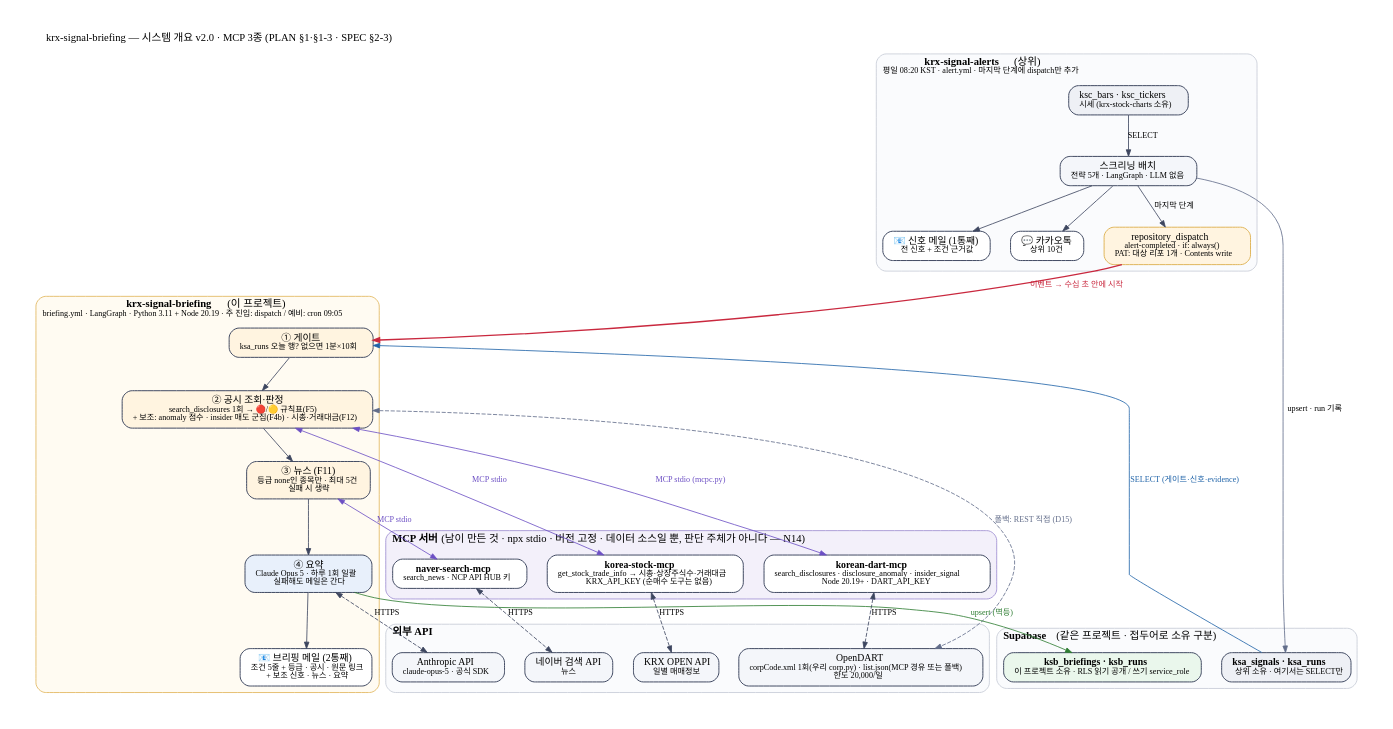
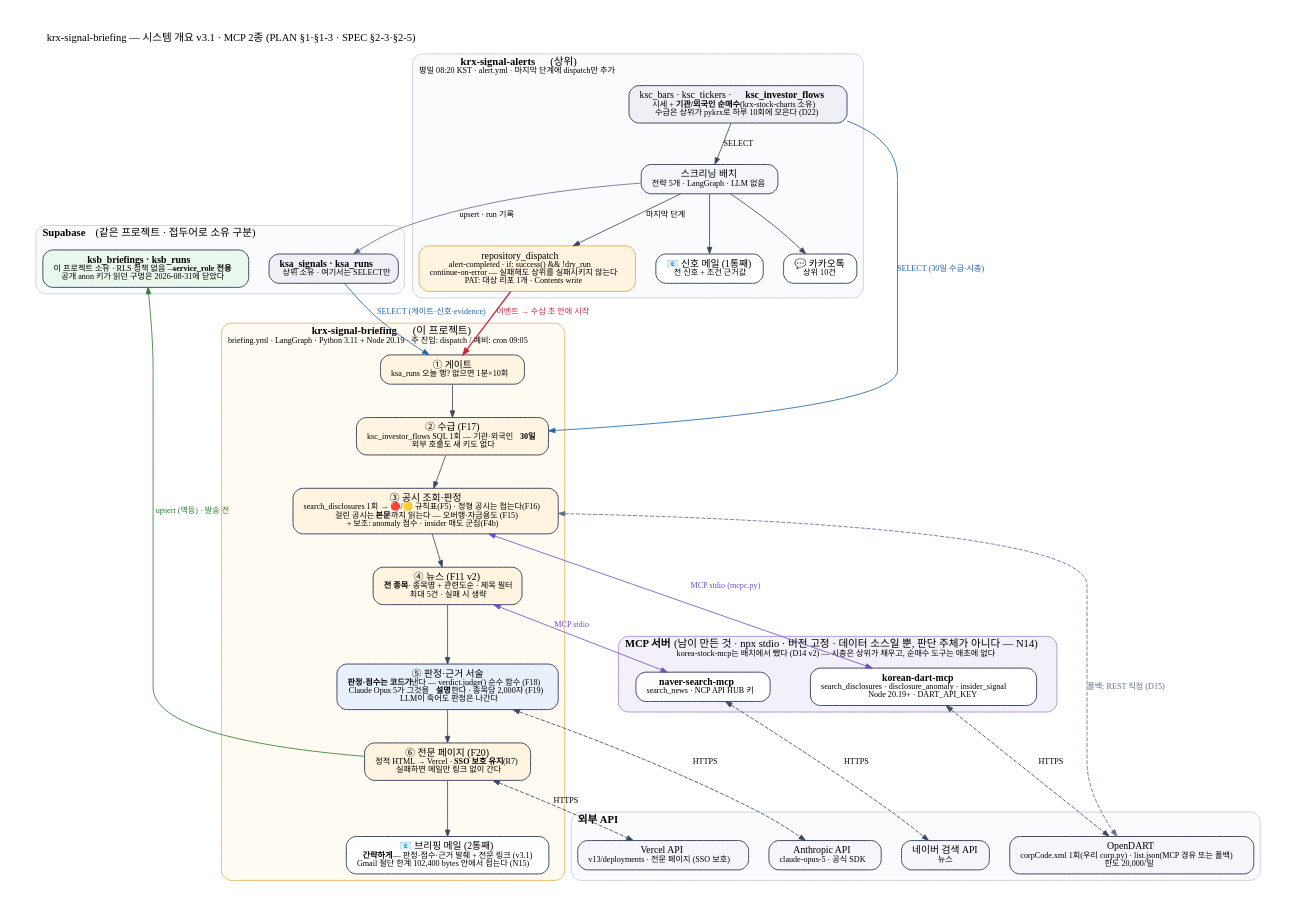
The diagram in docs/diagrams/arch.dot (daehyub71/krx-signal-briefing), drawn with Graphviz before and after one commit. The commit also changed 7 other files, not shown here.

First line of the commit message:
docs: bring the READMEs and the three diagrams up to v3.1

```diff
--- a/docs/diagrams/arch.dot
+++ b/docs/diagrams/arch.dot
@@ -1,67 +1,67 @@
 digraph arch {
   graph [fontname="Apple SD Gothic Neo", fontsize=13, rankdir=TB, nodesep=0.35, ranksep=0.55, pad=0.4, bgcolor="white", compound=true,
-         label="krx-signal-briefing — 시스템 개요 v2.0 · MCP 3종 (PLAN §1·§1-3 · SPEC §2-3)", labelloc=t, labeljust=l];
+         label="krx-signal-briefing — 시스템 개요 v3.1 · MCP 2종 (PLAN §1·§1-3 · SPEC §2-3·§2-5)", labelloc=t, labeljust=l];
   node  [fontname="Apple SD Gothic Neo", fontsize=12, shape=box, style="rounded,filled", fillcolor="#F4F6FA", color="#3D465F", penwidth=1.2, margin="0.18,0.1"];
   edge  [fontname="Apple SD Gothic Neo", fontsize=10, color="#3D465F", arrowsize=0.8];
 
   subgraph cluster_up {
     label=<<b>krx-signal-alerts</b>  (상위)<br/><font point-size="10">평일 08:20 KST · alert.yml · 마지막 단계에 dispatch만 추가</font>>; style="rounded,filled"; fillcolor="#FAFBFD"; color="#C5CAD6";
-    ksc   [label=<ksc_bars · ksc_tickers<br/><font point-size="10">시세 (krx-stock-charts 소유)</font>>, fillcolor="#EEF0F5"];
+    ksc   [label=<ksc_bars · ksc_tickers · <b>ksc_investor_flows</b><br/><font point-size="10">시세 + <b>기관/외국인 순매수</b> (krx-stock-charts 소유)<br/>수급은 상위가 pykrx로 하루 10회에 모은다 (D22)</font>>, fillcolor="#EEF0F5"];
     alert [label=<스크리닝 배치<br/><font point-size="10">전략 5개 · LangGraph · LLM 없음</font>>];
     mail1 [label=<📧 신호 메일 (1통째)<br/><font point-size="10">전 신호 + 조건 근거값</font>>, fillcolor="#FFFFFF"];
     kakao [label=<💬 카카오톡<br/><font point-size="10">상위 10건</font>>, fillcolor="#FFFFFF"];
     ksc -> alert [label=" SELECT"];
-    dispatch [label=<repository_dispatch<br/><font point-size="10">alert-completed · if: always()<br/>PAT: 대상 리포 1개 · Contents write</font>>, fillcolor="#FFF4E0", color="#E0B458"];
+    dispatch [label=<repository_dispatch<br/><font point-size="10">alert-completed · if: success() &amp;&amp; !dry_run<br/>continue-on-error — 실패해도 상위를 실패시키지 않는다<br/>PAT: 대상 리포 1개 · Contents write</font>>, fillcolor="#FFF4E0", color="#E0B458"];
     alert -> mail1; alert -> kakao; alert -> dispatch [label=" 마지막 단계"];
   }
 
   subgraph cluster_db {
     label=<<b>Supabase</b>  (같은 프로젝트 · 접두어로 소유 구분)>; style="rounded,filled"; fillcolor="#FAFBFD"; color="#C5CAD6";
     ksa [label=<<b>ksa_signals · ksa_runs</b><br/><font point-size="10">상위 소유 · 여기서는 SELECT만</font>>, fillcolor="#EEF0F5"];
     { rank=same; ksa; ksb; }
-    ksb [label=<<b>ksb_briefings · ksb_runs</b><br/><font point-size="10">이 프로젝트 소유 · RLS 읽기 공개 / 쓰기 service_role</font>>, fillcolor="#EAF7EC"];
+    ksb [label=<<b>ksb_briefings · ksb_runs</b><br/><font point-size="10">이 프로젝트 소유 · RLS 정책 없음 — <b>service_role 전용</b><br/>공개 anon 키가 읽던 구멍은 2026-08-31에 닫았다</font>>, fillcolor="#EAF7EC"];
   }
 
   subgraph cluster_me {
     label=<<b>krx-signal-briefing</b>  (이 프로젝트)<br/><font point-size="10">briefing.yml · LangGraph · Python 3.11 + Node 20.19 · 주 진입: dispatch / 예비: cron 09:05</font>>; style="rounded,filled"; fillcolor="#FFFBF2"; color="#E0B458";
     gate  [label=<① 게이트<br/><font point-size="10">ksa_runs 오늘 행? 없으면 1분×10회</font>>, fillcolor="#FFF4E0"];
-    fetch [label=<② 공시 조회·판정<br/><font point-size="10">search_disclosures 1회 → 🔴/🟡 규칙표(F5)<br/>+ 보조: anomaly 점수 · insider 매도 군집(F4b) · 시총·거래대금(F12)</font>>, fillcolor="#FFF4E0"];
-    news  [label=<③ 뉴스 (F11)<br/><font point-size="10">등급 none인 종목만 · 최대 5건<br/>실패 시 생략</font>>, fillcolor="#FFF4E0"];
-    summ  [label=<④ 요약<br/><font point-size="10">Claude Opus 5 · 하루 1회 일괄<br/>실패해도 메일은 간다</font>>, fillcolor="#E8F0FB"];
-    mail2 [label=<📧 브리핑 메일 (2통째)<br/><font point-size="10">조건 5줄 + 등급 · 공시 · 원문 링크<br/>+ 보조 신호 · 뉴스 · 요약</font>>, fillcolor="#FFFFFF"];
-    gate -> fetch -> news -> summ -> mail2;
+    flows [label=<② 수급 (F17)<br/><font point-size="10">ksc_investor_flows SQL 1회 — 기관·외국인 <b>30일</b><br/>외부 호출도 새 키도 없다</font>>, fillcolor="#FFF4E0"];
+    fetch [label=<③ 공시 조회·판정<br/><font point-size="10">search_disclosures 1회 → 🔴/🟡 규칙표(F5) · 정형 공시는 접는다(F16)<br/>걸린 공시는 <b>본문</b>까지 읽는다 — 오버행·자금용도 (F15)<br/>+ 보조: anomaly 점수 · insider 매도 군집(F4b)</font>>, fillcolor="#FFF4E0"];
+    news  [label=<④ 뉴스 (F11 v2)<br/><font point-size="10"><b>전 종목</b> · 종목명 + 관련도순 · 제목 필터<br/>최대 5건 · 실패 시 생략</font>>, fillcolor="#FFF4E0"];
+    summ  [label=<⑤ 판정·근거 서술<br/><font point-size="10"><b>판정·점수는 코드가</b> 낸다 — verdict.judge() 순수 함수 (F18)<br/>Claude Opus 5가 그것을 <b>설명</b>한다 · 종목당 2,000자 (F19)<br/>LLM이 죽어도 판정은 나간다</font>>, fillcolor="#E8F0FB"];
+    page  [label=<⑥ 전문 페이지 (F20)<br/><font point-size="10">정적 HTML → Vercel · <b>SSO 보호 유지</b> (R7)<br/>실패하면 메일만 링크 없이 간다</font>>, fillcolor="#FFF4E0"];
+    mail2 [label=<📧 브리핑 메일 (2통째)<br/><font point-size="10"><b>간략하게</b> — 판정·점수·근거 발췌 + 전문 링크 (v3.1)<br/>Gmail 절단 한계 102,400 bytes 안에서 접는다 (N15)</font>>, fillcolor="#FFFFFF"];
+    gate -> flows -> fetch -> news -> summ -> page -> mail2;
     // 상자 안은 위→아래 흐름 (rank=same 제거)
   }
 
   subgraph cluster_mcp {
-    label=<<b>MCP 서버</b>  (남이 만든 것 · npx stdio · 버전 고정 · 데이터 소스일 뿐, 판단 주체가 아니다 — N14)>; style="rounded,filled"; fillcolor="#F3F0FA"; color="#9C8AD1";
+    label=<<b>MCP 서버</b>  (남이 만든 것 · npx stdio · 버전 고정 · 데이터 소스일 뿐, 판단 주체가 아니다 — N14)<br/><font point-size="10">korea-stock-mcp는 배치에서 뺐다 (D14 v2) — 시총은 상위가 채우고, 순매수 도구는 애초에 없다</font>>; style="rounded,filled"; fillcolor="#F3F0FA"; color="#9C8AD1";
     kdart [label=<<b>korean-dart-mcp</b><br/><font point-size="10">search_disclosures · disclosure_anomaly · insider_signal<br/>Node 20.19+ · DART_API_KEY</font>>, fillcolor="#FFFFFF"];
     knav  [label=<<b>naver-search-mcp</b><br/><font point-size="10">search_news · NCP API HUB 키</font>>, fillcolor="#FFFFFF"];
-    kstk  [label=<<b>korea-stock-mcp</b><br/><font point-size="10">get_stock_trade_info → 시총·상장주식수·거래대금<br/>KRX_API_KEY (순매수 도구는 없음)</font>>, fillcolor="#FFFFFF"];
-    { rank=same; kdart; knav; kstk; }
+    { rank=same; kdart; knav; }
   }
 
   subgraph cluster_ext {
     label=<<b>외부 API</b>>; style="rounded,filled"; fillcolor="#FAFBFD"; color="#C5CAD6";
     dart [label=<OpenDART<br/><font point-size="10">corpCode.xml 1회(우리 corp.py) · list.json(MCP 경유 또는 폴백)<br/>한도 20,000/일</font>>];
     naver [label=<네이버 검색 API<br/><font point-size="10">뉴스</font>>];
-    krx   [label=<KRX OPEN API<br/><font point-size="10">일별 매매정보</font>>];
+    vercel [label=<Vercel API<br/><font point-size="10">v13/deployments · 전문 페이지 (SSO 보호)</font>>];
     claude [label=<Anthropic API<br/><font point-size="10">claude-opus-5 · 공식 SDK</font>>];
-    { rank=same; dart; naver; krx; claude; }
+    { rank=same; dart; naver; vercel; claude; }
   }
 
   alert -> ksa [label=" upsert · run 기록", color="#626D8A"];
   ksa -> gate  [label=" SELECT (게이트·신호·evidence)", color="#1F63A8", fontcolor="#1F63A8"];
+  ksc -> flows [label=" SELECT (30일 수급·시총)", color="#1F63A8", fontcolor="#1F63A8"];
   dispatch -> gate [label=" 이벤트 → 수십 초 안에 시작", color="#C9283E", fontcolor="#C9283E", penwidth=1.6];
   fetch -> kdart [dir=both, label=" MCP stdio (mcpc.py)", color="#6C4FC4", fontcolor="#6C4FC4"];
   fetch -> dart  [dir=both, label=" 폴백: REST 직접 (D15)", style=dashed, color="#626D8A", fontcolor="#626D8A"];
   news  -> knav  [dir=both, label=" MCP stdio", color="#6C4FC4", fontcolor="#6C4FC4"];
   kdart -> dart  [dir=both, label=" HTTPS", style=dashed];
   knav  -> naver [dir=both, label=" HTTPS", style=dashed];
-  fetch -> kstk  [dir=both, label=" MCP stdio", color="#6C4FC4", fontcolor="#6C4FC4"];
-  kstk  -> krx   [dir=both, label=" HTTPS", style=dashed];
+  page  -> vercel [dir=both, label=" HTTPS", style=dashed];
   summ  -> claude [dir=both, label=" HTTPS", style=dashed];
-  summ -> ksb  [label=" upsert (멱등)", color="#2E7D32", fontcolor="#2E7D32"];
-  mail2 -> ksb [style=invis];
+  page -> ksb  [label=" upsert (멱등) · 발송 전", color="#2E7D32", fontcolor="#2E7D32"];
 
 }
```
